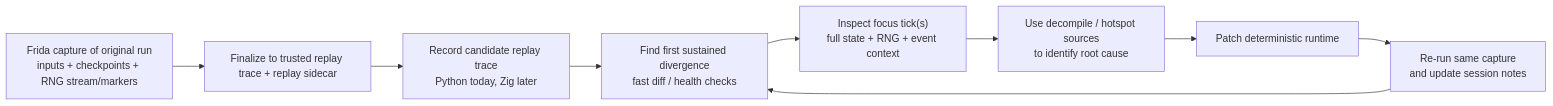
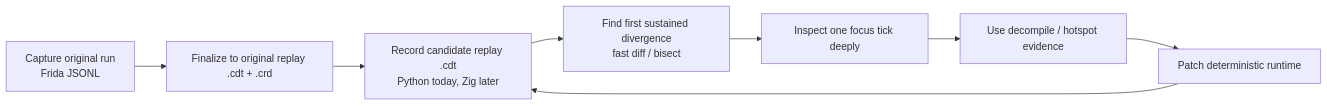
One commit to banteg/crimson changed the first of 2 diagrams in DBG_TRACE_ARCHITECTURE_MEMO.md. Above: the diagram before and after it, drawn with Mermaid. The commit also changed other lines of this file, not shown here.

Commit message:
docs(dbg): clarify trace architecture memo

````diff
--- a/DBG_TRACE_ARCHITECTURE_MEMO.md
+++ b/DBG_TRACE_ARCHITECTURE_MEMO.md
@@ -162,11 +69,10 @@
 ```mermaid
 flowchart LR
-    A["Frida capture of original run\ninputs + checkpoints + RNG stream/markers"] --> B["Finalize to trusted replay trace + replay sidecar"]
-    B --> C["Record candidate replay trace\nPython today, Zig later"]
-    C --> D["Find first sustained divergence\nfast diff / health checks"]
-    D --> E["Inspect focus tick(s)\nfull state + RNG + event context"]
-    E --> F["Use decompile / hotspot sources\nto identify root cause"]
+    A["Capture original run\nFrida JSONL"] --> B["Finalize to original replay .cdt + .crd"]
+    B --> C["Record candidate replay .cdt\nPython today, Zig later"]
+    C --> D["Find first sustained divergence\nfast diff / bisect"]
+    D --> E["Inspect one focus tick deeply"]
+    E --> F["Use decompile / hotspot evidence"]
     F --> G["Patch deterministic runtime"]
-    G --> H["Re-run same capture\nand update session notes"]
-    H --> D
+    G --> C
 ```
````
